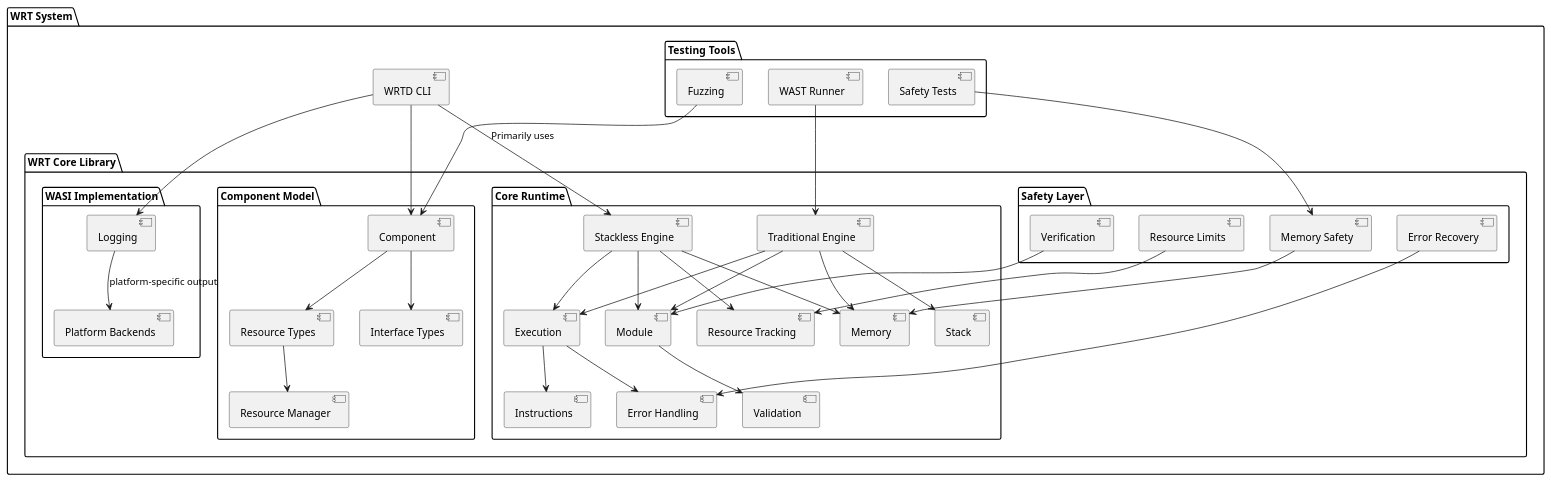
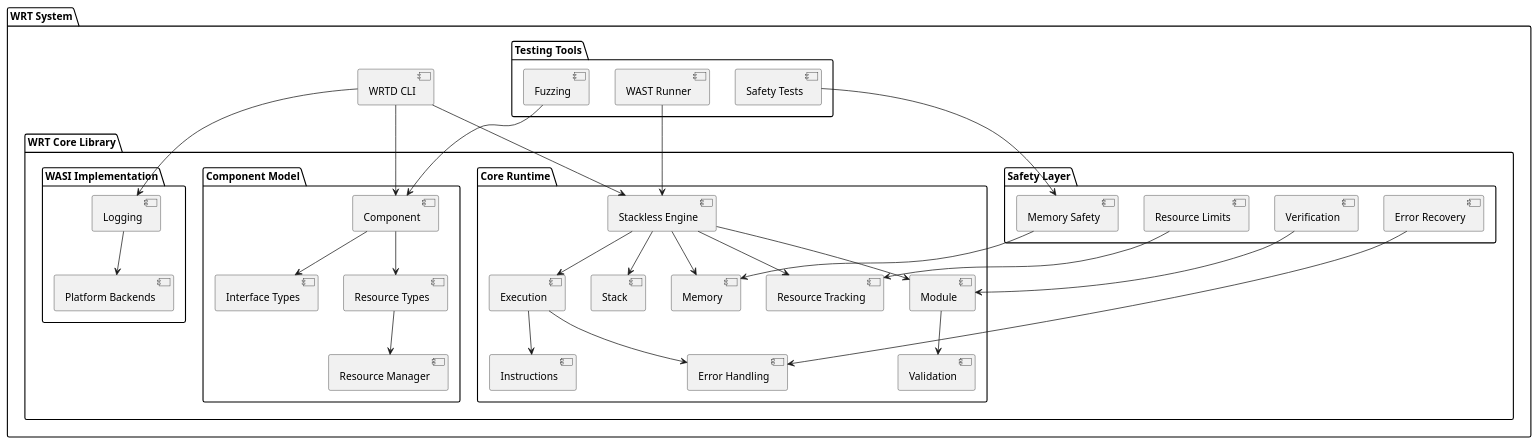
The diagram in docs/source/_static/system_components.puml (pulseengine/wrt), drawn with PlantUML before and after one commit. The commit also changed 16 other files, not shown here.

```diff
--- a/docs/source/_static/system_components.puml
+++ b/docs/source/_static/system_components.puml
@@ -1,83 +1,76 @@
 @startuml
+' Fix potential syntax issues by simplifying the file
 
 package "WRT System" {
   [WRTD CLI] as CLI
 
   package "WRT Core Library" {
     package "Core Runtime" {
-      /' Traditional Engine using host stack '/
-      [Traditional Engine] as TradEngine
-      /' Stackless Engine using state machine '/
       [Stackless Engine] as StacklessEngine
-      
       [Module] as Module 
       [Memory] as Memory
       [Stack] as Stack
       [Instructions] as Instructions
       [Validation] as Validation
       [Execution] as Execution
       [Resource Tracking] as ResTrack
       [Error Handling] as ErrorHandling
       
-      TradEngine --> Module
-      TradEngine --> Memory
-      TradEngine --> Stack
-      TradEngine --> Execution
-      
       StacklessEngine --> Module
       StacklessEngine --> Memory
+      StacklessEngine --> Stack
       StacklessEngine --> Execution
       StacklessEngine --> ResTrack
 
       Execution --> Instructions
       Module --> Validation
       Execution --> ErrorHandling
     }
     
     package "Component Model" {
       [Component] as Component
       [Interface Types] as InterfaceTypes
       [Resource Types] as ResourceTypes
       [Resource Manager] as ResourceManager
       
       Component --> InterfaceTypes
       Component --> ResourceTypes
       ResourceTypes --> ResourceManager
     }
     
     package "Safety Layer" {
       [Memory Safety] as MemSafety
       [Resource Limits] as ResLimits
       [Verification] as Verify
       [Error Recovery] as Recovery
       
       MemSafety --> Memory
       ResLimits --> ResTrack
       Verify --> Module
       Recovery --> ErrorHandling
     }
     
     package "WASI Implementation" {
       [Logging] as Logging
       [Platform Backends] as Backends
       
-      Logging --> Backends : platform-specific output
+      Logging --> Backends
     }
   }
   
   package "Testing Tools" {
     [WAST Runner] as WASTRunner
     [Safety Tests] as SafetyTests
     [Fuzzing] as Fuzzing
     
-    WASTRunner --> TradEngine
+    WASTRunner --> StacklessEngine
     SafetyTests --> MemSafety
     Fuzzing --> Component
   }
   
-  CLI --> StacklessEngine : Primarily uses
+  CLI --> StacklessEngine
   CLI --> Component
   CLI --> Logging
 }
 
 @enduml
```
